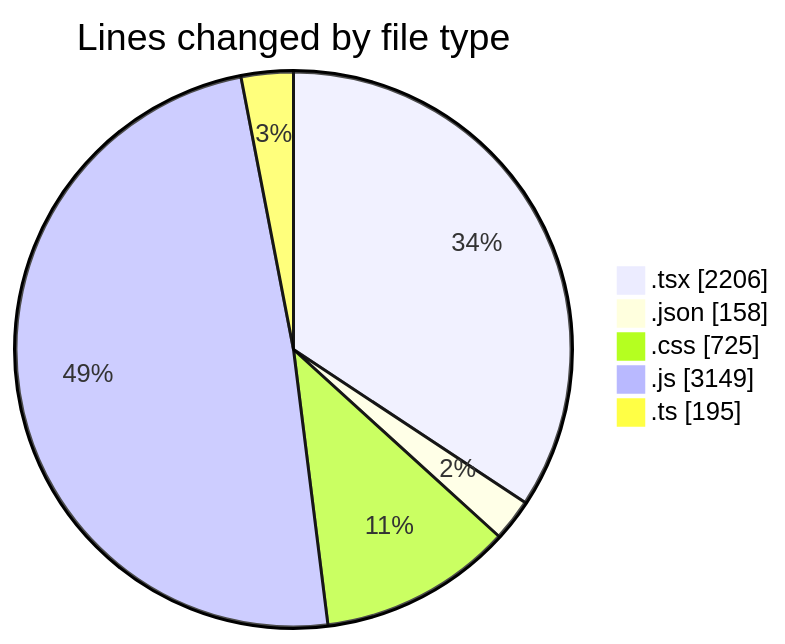
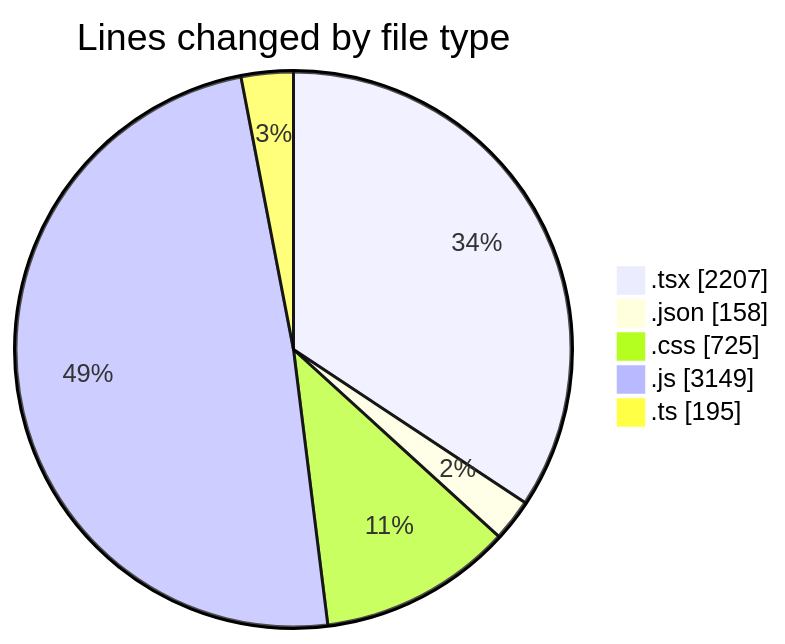
One commit to Elitesun/code-tracking changed the first of 2 diagrams in 2025-05-15/laala_boost/README.md. Above: the diagram before and after it, drawn with Mermaid. The commit also changed other lines of this file and 1 other file, not shown here.

````diff
--- a/2025-05-15/laala_boost/README.md
+++ b/2025-05-15/laala_boost/README.md
@@ -38,9 +38,9 @@
 ```mermaid
 pie showData
 title Lines changed by file type
-".tsx" : 2206
+".tsx" : 2207
 ".json" : 158
 ".css" : 725
 ".js" : 3149
 ".ts" : 195
 ```
````
